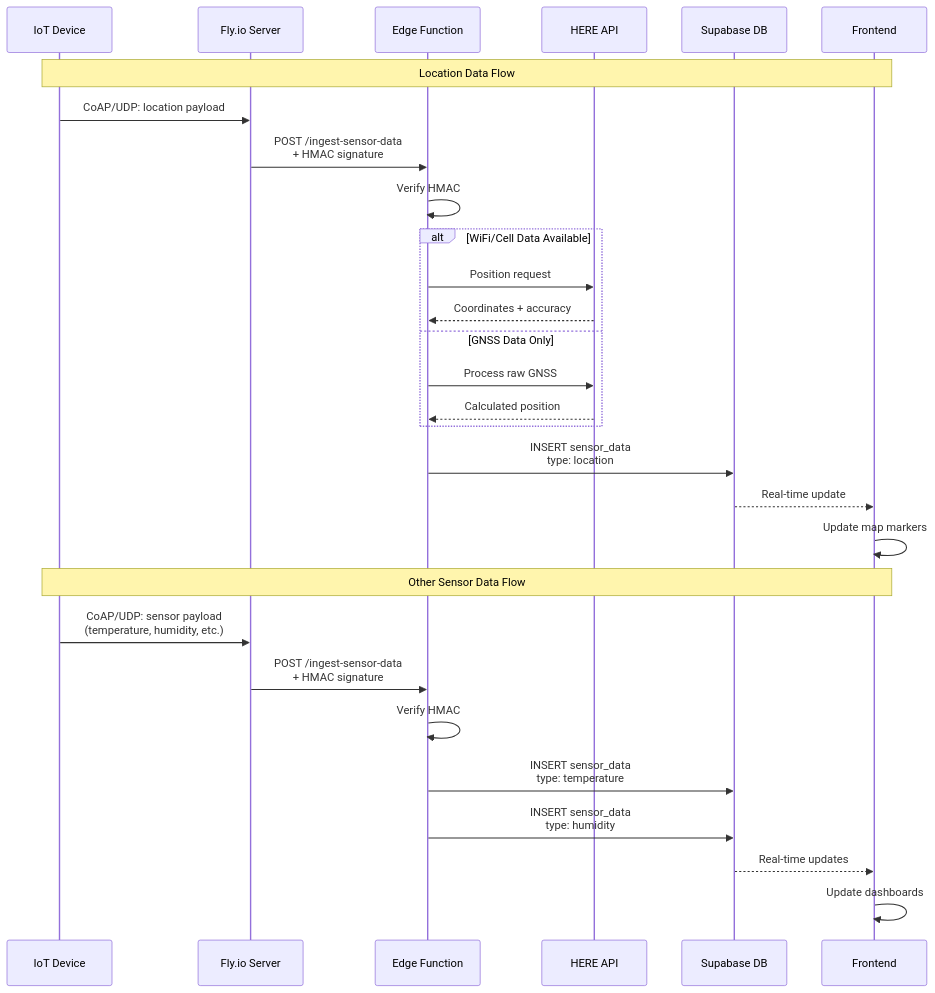
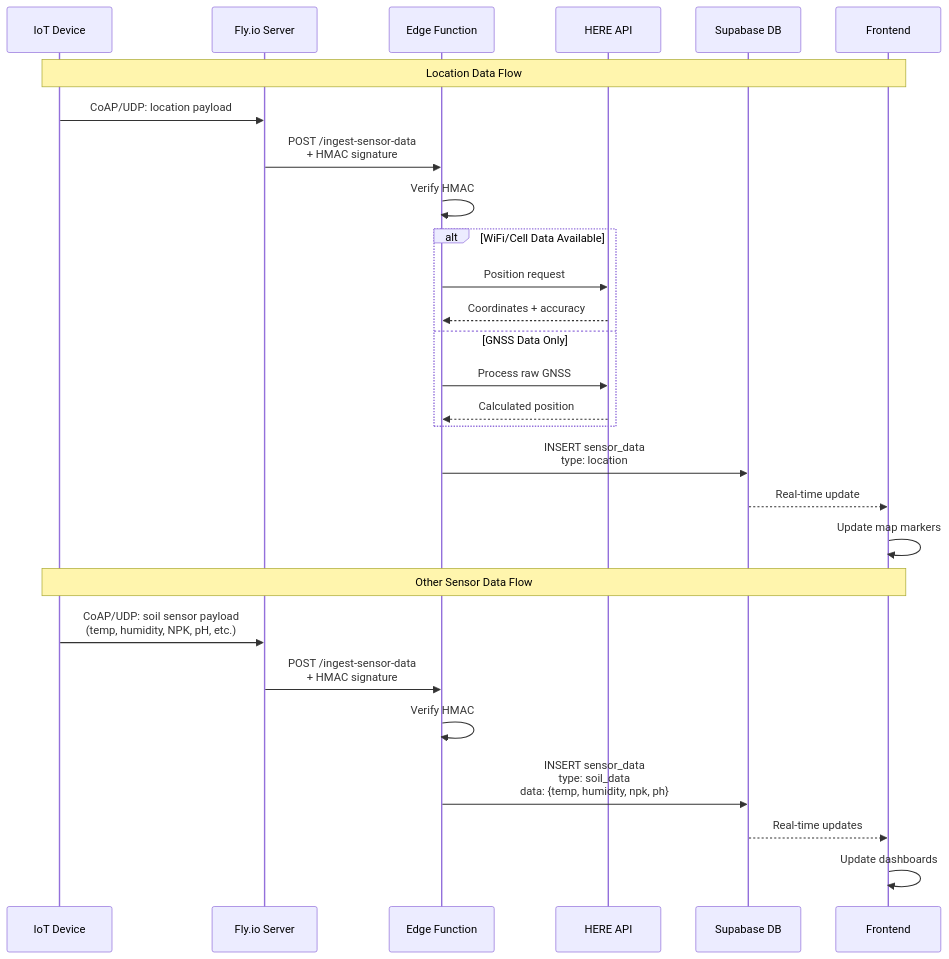
Before and after one commit to promillen/frontend: the second of 3 diagrams in docs/SYSTEM_ARCHITECTURE.md, drawn with Mermaid.

Commit message:
Update sequence diagram
Update sequence diagram to reflect grouped sensor data storage.

````diff
--- a/docs/SYSTEM_ARCHITECTURE.md
+++ b/docs/SYSTEM_ARCHITECTURE.md
@@ -40,35 +40,34 @@
 ```mermaid
 sequenceDiagram
     participant Device as IoT Device
     participant Fly as Fly.io Server
     participant Edge as Edge Function
     participant HERE as HERE API
     participant DB as Supabase DB
     participant UI as Frontend
 
     Note over Device, UI: Location Data Flow
     Device->>Fly: CoAP/UDP: location payload
     Fly->>Edge: POST /ingest-sensor-data<br/>+ HMAC signature
     Edge->>Edge: Verify HMAC
     
     alt WiFi/Cell Data Available
         Edge->>HERE: Position request
         HERE-->>Edge: Coordinates + accuracy
     else GNSS Data Only
         Edge->>HERE: Process raw GNSS
         HERE-->>Edge: Calculated position
     end
     
     Edge->>DB: INSERT sensor_data<br/>type: location
     DB-->>UI: Real-time update
     UI->>UI: Update map markers
 
     Note over Device, UI: Other Sensor Data Flow  
-    Device->>Fly: CoAP/UDP: sensor payload<br/>(temperature, humidity, etc.)
+    Device->>Fly: CoAP/UDP: soil sensor payload<br/>(temp, humidity, NPK, pH, etc.)
     Fly->>Edge: POST /ingest-sensor-data<br/>+ HMAC signature
     Edge->>Edge: Verify HMAC
-    Edge->>DB: INSERT sensor_data<br/>type: temperature
-    Edge->>DB: INSERT sensor_data<br/>type: humidity
+    Edge->>DB: INSERT sensor_data<br/>type: soil_data<br/>data: {temp, humidity, npk, ph}
     DB-->>UI: Real-time updates
     UI->>UI: Update dashboards
 ```
````
